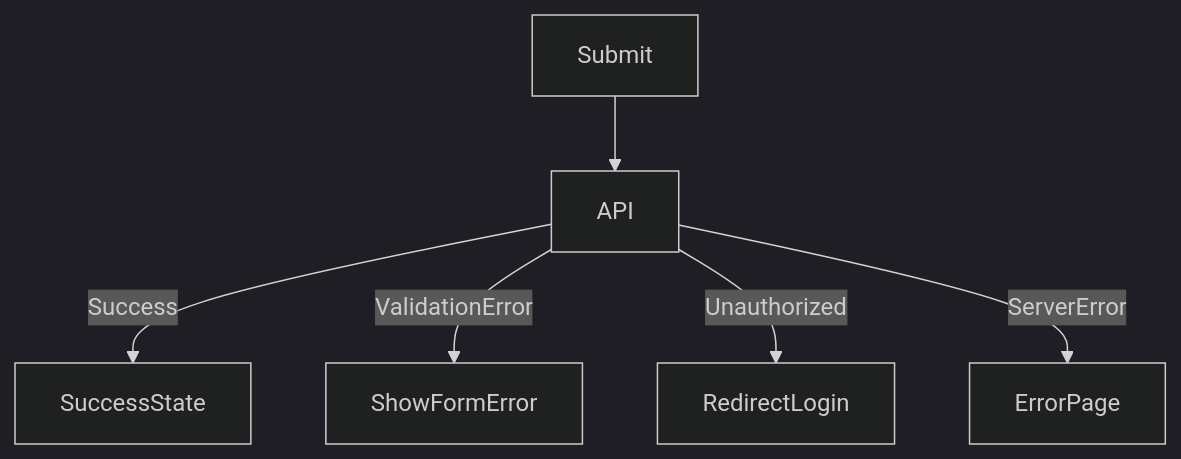
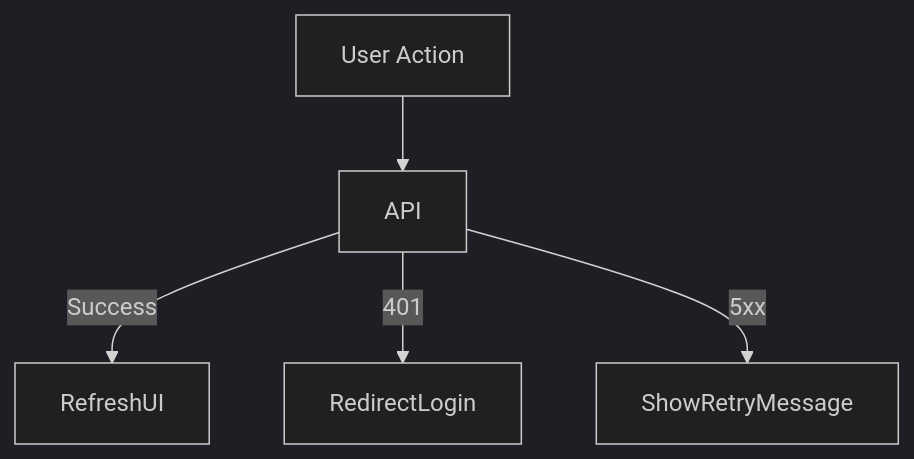
Before and after one commit to Asheze1127/progress-checker: the fifth of 6 diagrams in docs/details/03_screen-flow.md, drawn with Mermaid (dark theme). The commit also changed other lines of this file, not shown here.

````diff
--- a/docs/details/03_screen-flow.md
+++ b/docs/details/03_screen-flow.md
@@ -125,8 +105,7 @@
 ```mermaid
 flowchart TD
-    Submit --> API
-    API -->|Success| SuccessState
-    API -->|ValidationError| ShowFormError
-    API -->|Unauthorized| RedirectLogin
-    API -->|ServerError| ErrorPage
+    Action[User Action] --> API
+    API -->|Success| RefreshUI
+    API -->|401| RedirectLogin
+    API -->|5xx| ShowRetryMessage
 ```
````
